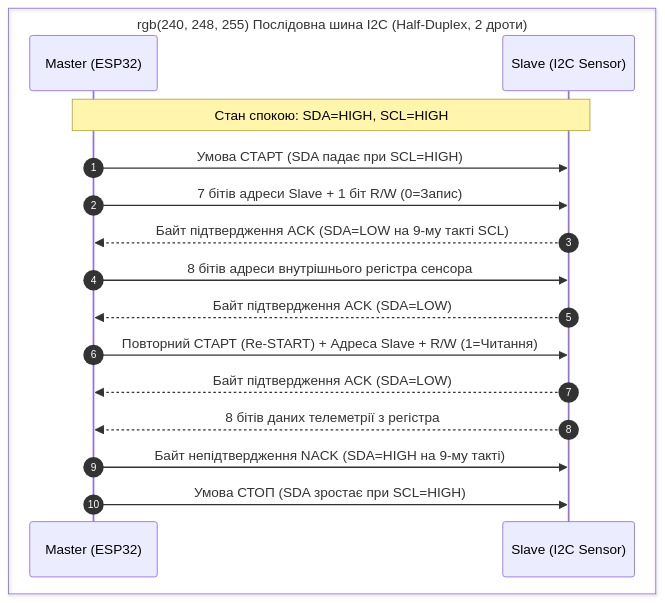
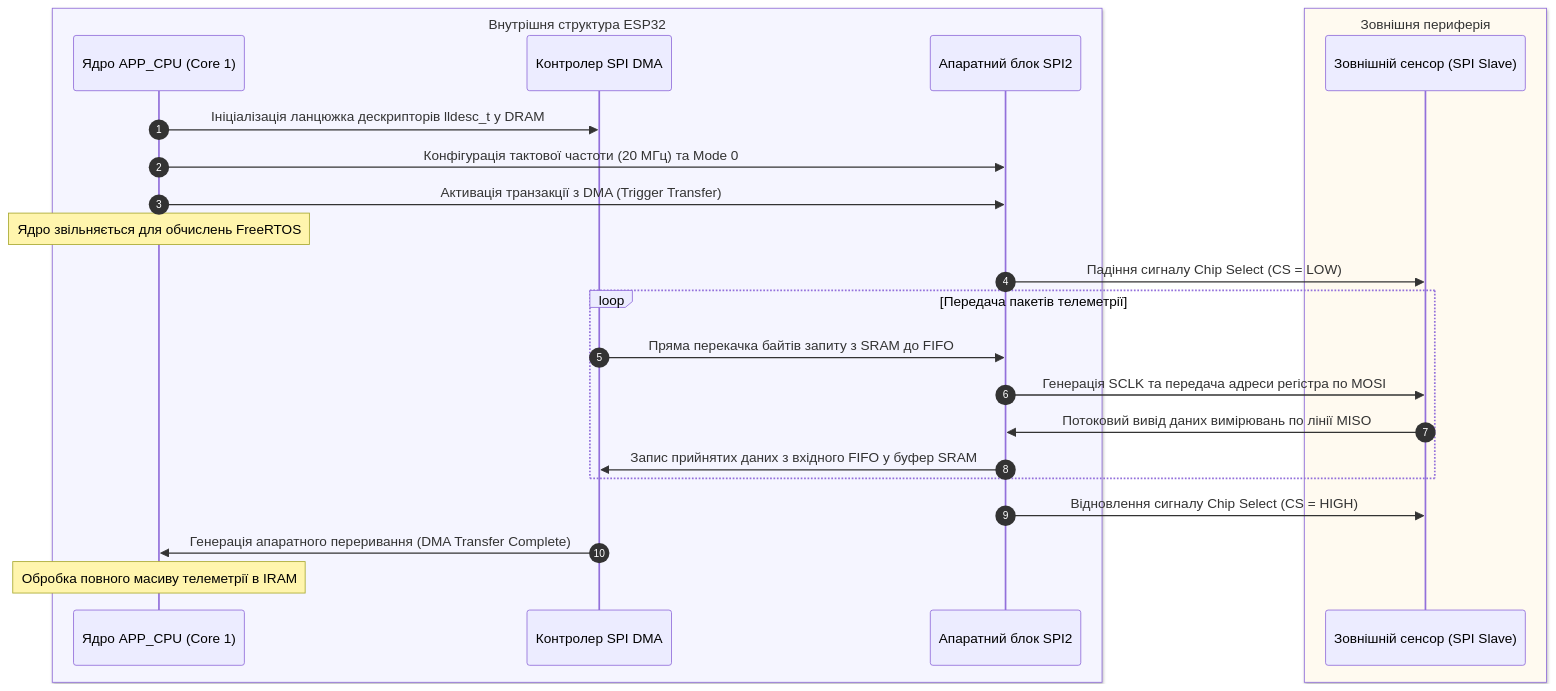
The fourth of 5 diagrams in docs/lk/lk6.md (KyryloVadurin/iot-technologies), drawn with Mermaid before and after one commit. The commit also changed other lines of this file, not shown here.

````diff
--- a/docs/lk/lk6.md
+++ b/docs/lk/lk6.md
@@ -214,20 +326,27 @@
 ```mermaid
 sequenceDiagram
     autonumber
-    box rgb(240, 248, 255) Послідовна шина I2C (Half-Duplex, 2 дроти)
-    participant M as Master (ESP32)
-    participant S as Slave (I2C Sensor)
+    box rgb(245, 245, 255) Внутрішня структура ESP32
+    participant CPU as Ядро APP_CPU (Core 1)
+    participant DMA as Контролер SPI DMA
+    participant SPI as Апаратний блок SPI2
+    end
+    box rgb(255, 250, 240) Зовнішня периферія
+    participant Sensor as Зовнішній сенсор (SPI Slave)
     end
 
-    Note over M,S: Стан спокою: SDA=HIGH, SCL=HIGH
-    M->>S: Умова СТАРТ (SDA падає при SCL=HIGH)
-    M->>S: 7 бітів адреси Slave + 1 біт R/W (0=Запис)
-    S-->>M: Байт підтвердження ACK (SDA=LOW на 9-му такті SCL)
-    M->>S: 8 бітів адреси внутрішнього регістра сенсора
-    S-->>M: Байт підтвердження ACK (SDA=LOW)
-    M->>S: Повторний СТАРТ (Re-START) + Адреса Slave + R/W (1=Читання)
-    S-->>M: Байт підтвердження ACK (SDA=LOW)
-    S-->>M: 8 бітів даних телеметрії з регістра
-    M->>S: Байт непідтвердження NACK (SDA=HIGH на 9-му такті)
-    M->>S: Умова СТОП (SDA зростає при SCL=HIGH)
+    CPU->>DMA: Ініціалізація ланцюжка дескрипторів lldesc_t у DRAM
+    CPU->>SPI: Конфігурація тактової частоти (20 МГц) та Mode 0
+    CPU->>SPI: Активація транзакції з DMA (Trigger Transfer)
+    Note over CPU: Ядро звільняється для обчислень FreeRTOS
+    SPI->>Sensor: Падіння сигналу Chip Select (CS = LOW)
+    loop Передача пакетів телеметрії
+        DMA->>SPI: Пряма перекачка байтів запиту з SRAM до FIFO
+        SPI->>Sensor: Генерація SCLK та передача адреси регістра по MOSI
+        Sensor->>SPI: Потоковий вивід даних вимірювань по лінії MISO
+        SPI->>DMA: Запис прийнятих даних з вхідного FIFO у буфер SRAM
+    end
+    SPI->>Sensor: Відновлення сигналу Chip Select (CS = HIGH)
+    DMA->>CPU: Генерація апаратного переривання (DMA Transfer Complete)
+    Note over CPU: Обробка повного масиву телеметрії в IRAM
 ```
````
